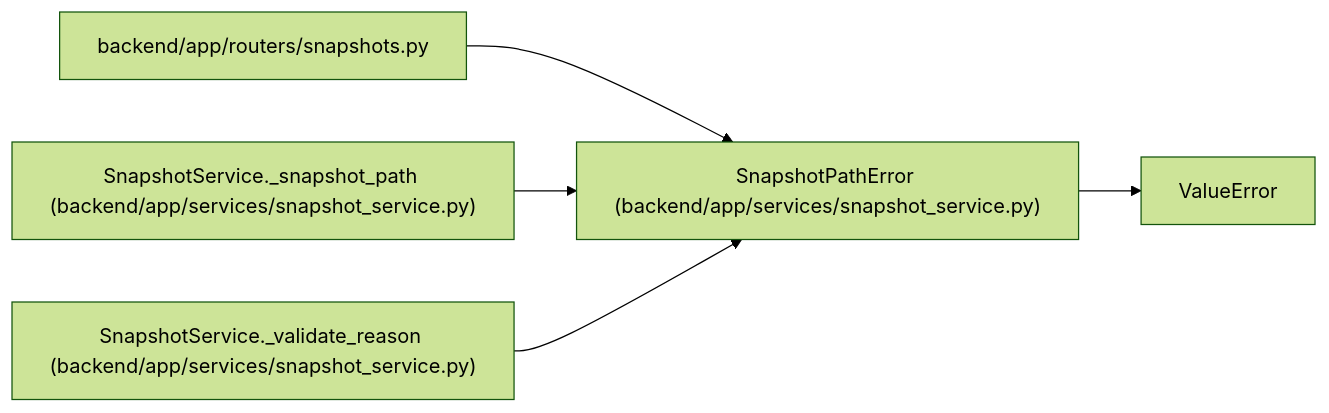
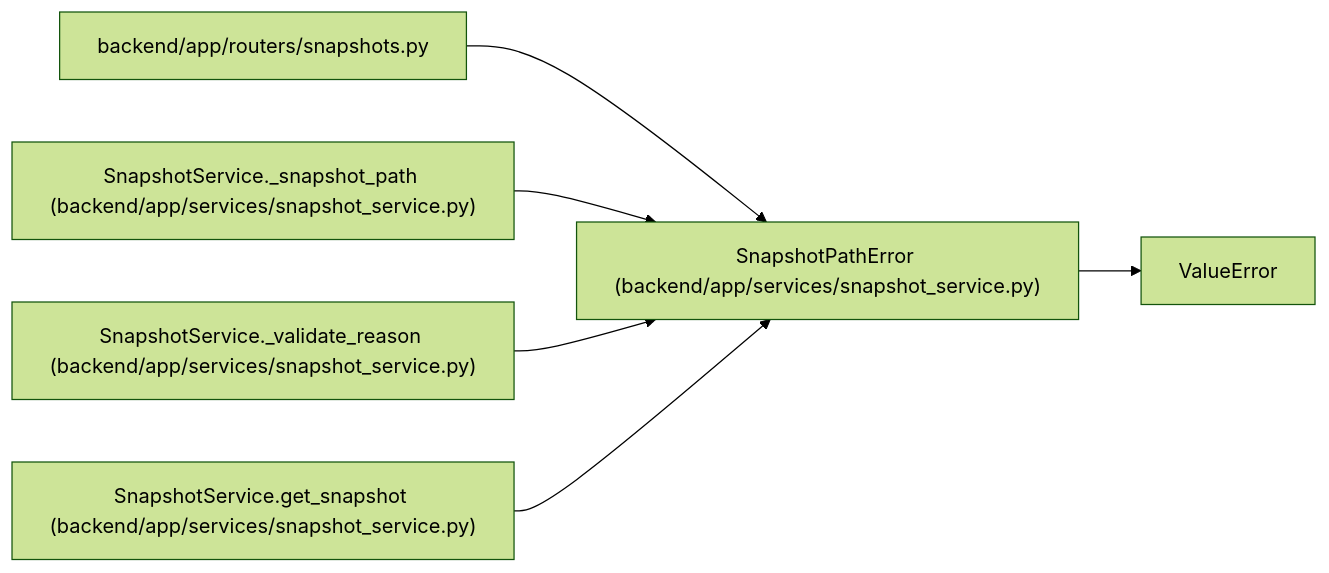
Before and after one commit to Denissvgn/WorkChord: the diagram in docs/llm_wiki/entities/SnapshotPathError.md, drawn with Mermaid (forest theme). The commit also changed other lines of this file and 958 other files, not shown here.

First line of the commit message:
docs(wiki): refresh identity and recovery architecture

````diff
--- a/docs/llm_wiki/entities/SnapshotPathError.md
+++ b/docs/llm_wiki/entities/SnapshotPathError.md
@@ -23,16 +23,19 @@
 ```mermaid
 flowchart LR
     n0["SnapshotPathError (backend/app/services/snapshot_service.py)"]
     n1["ValueError"]
     n2["backend/app/routers/snapshots.py"]
     n3["SnapshotService._snapshot_path (backend/app/services/snapshot_service.py)"]
     n4["SnapshotService._validate_reason (backend/app/services/snapshot_service.py)"]
+    n5["SnapshotService.get_snapshot (backend/app/services/snapshot_service.py)"]
     n0 --> n1
     n2 --> n0
     n3 --> n0
     n4 --> n0
+    n5 --> n0
     click n0 "../modules/snapshot_service.md"
     click n2 "../modules/snapshots.md"
     click n3 "../modules/snapshot_service.md"
     click n4 "../modules/snapshot_service.md"
+    click n5 "../modules/snapshot_service.md"
 ```
````
